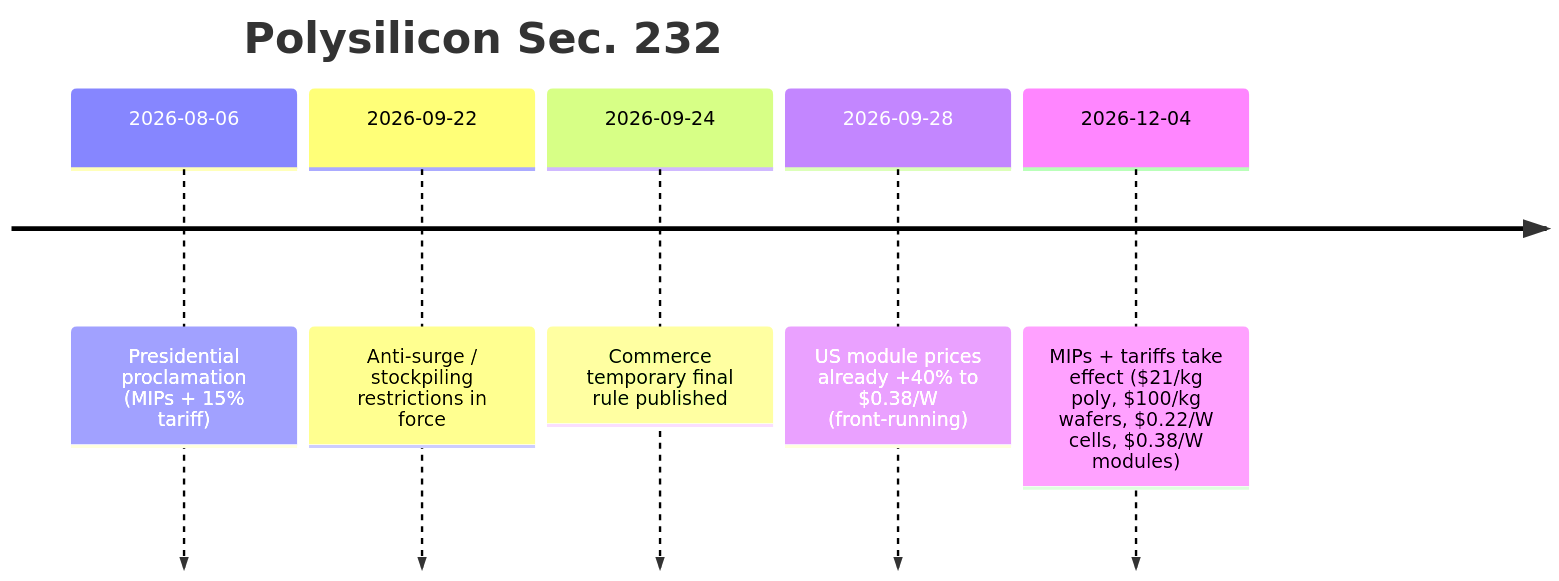
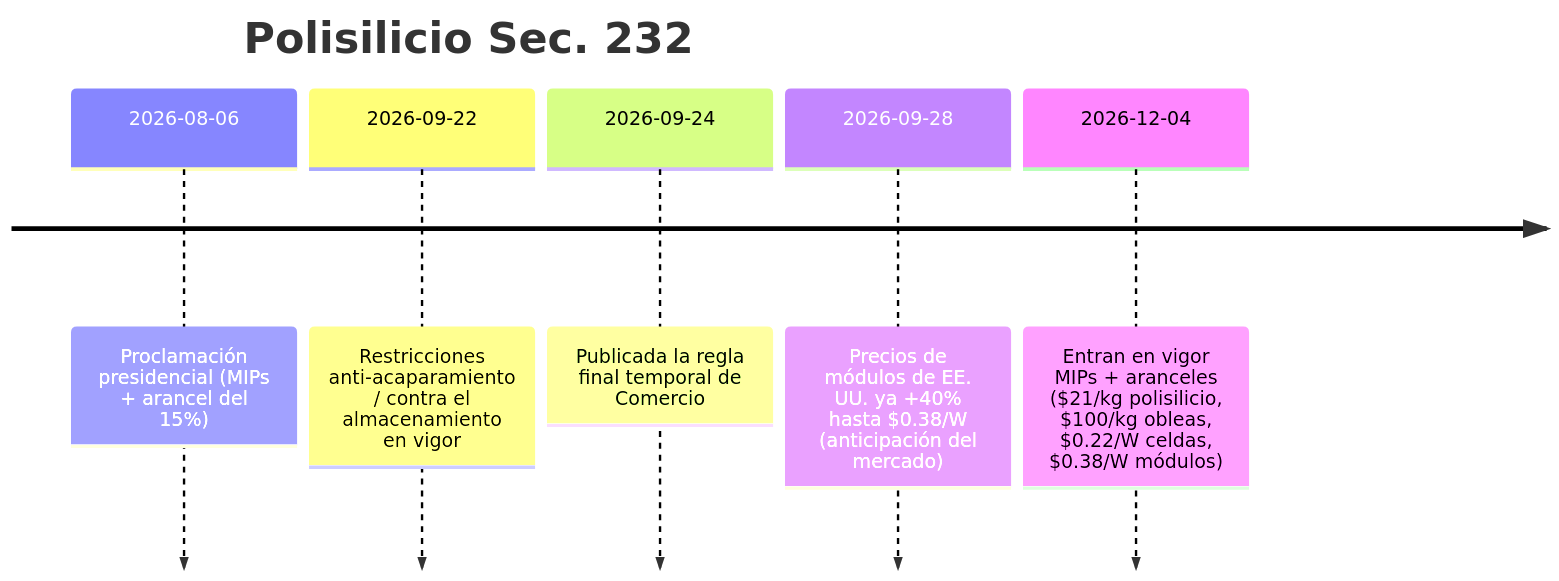
Before and after one commit to dureach/research: the third of 3 diagrams in Global-Trade-Intelligence-weekly-2026-10-05/index.es.md, drawn with Mermaid. The commit also changed other lines of this file and 5 other files, not shown here.

Commit message:
Translate mermaid diagram labels in all 6 languages

````diff
--- a/Global-Trade-Intelligence-weekly-2026-10-05/index.es.md
+++ b/Global-Trade-Intelligence-weekly-2026-10-05/index.es.md
@@ -378,9 +378,9 @@
 ```mermaid
 timeline
-    title Polysilicon Sec. 232
-    2026-08-06 : Presidential proclamation (MIPs + 15% tariff)
-    2026-09-22 : Anti-surge / stockpiling restrictions in force
-    2026-09-24 : Commerce temporary final rule published
-    2026-09-28 : US module prices already +40% to $0.38/W (front-running)
-    2026-12-04 : MIPs + tariffs take effect ($21/kg poly, $100/kg wafers, $0.22/W cells, $0.38/W modules)
+    title Polisilicio Sec. 232
+    2026-08-06 : Proclamación presidencial (MIPs + arancel del 15%)
+    2026-09-22 : Restricciones anti-acaparamiento / contra el almacenamiento en vigor
+    2026-09-24 : Publicada la regla final temporal de Comercio
+    2026-09-28 : Precios de módulos de EE. UU. ya +40% hasta $0.38/W (anticipación del mercado)
+    2026-12-04 : Entran en vigor MIPs + aranceles ($21/kg polisilicio, $100/kg obleas, $0.22/W celdas, $0.38/W módulos)
 ```
````
